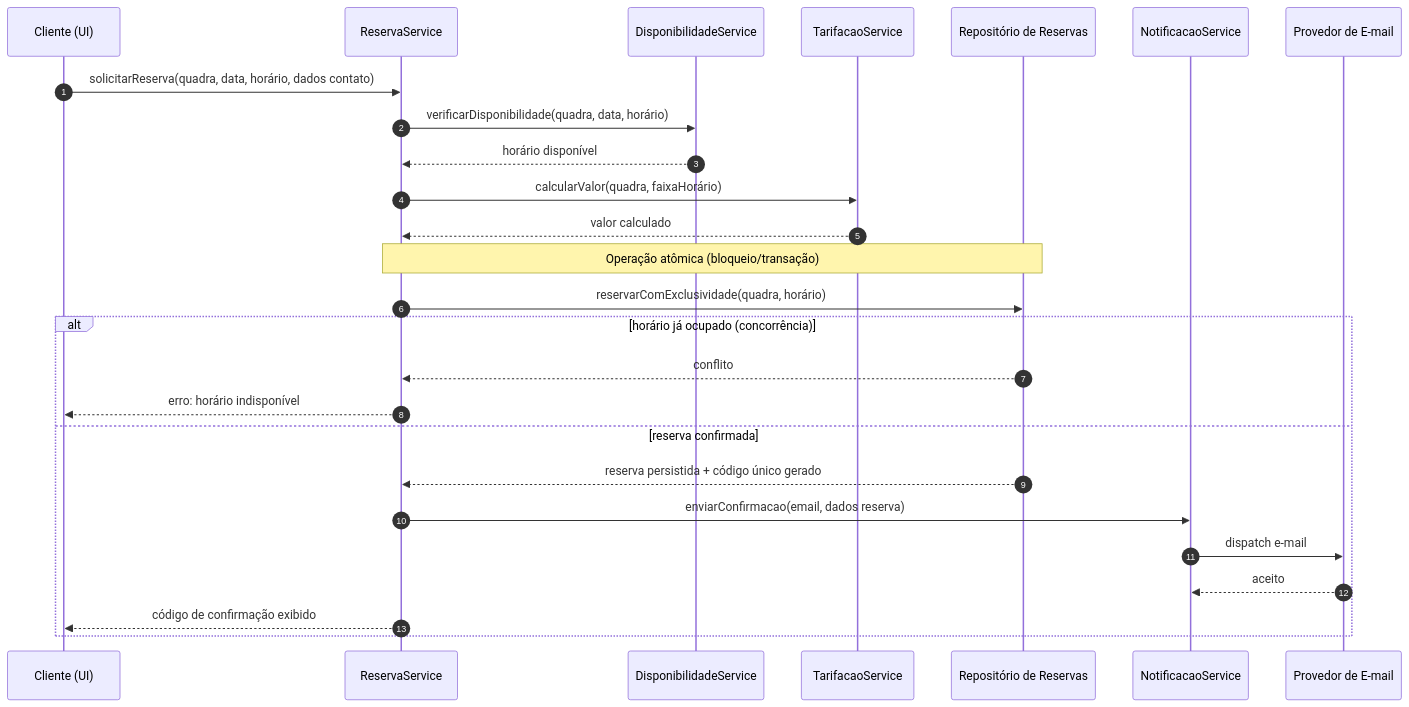
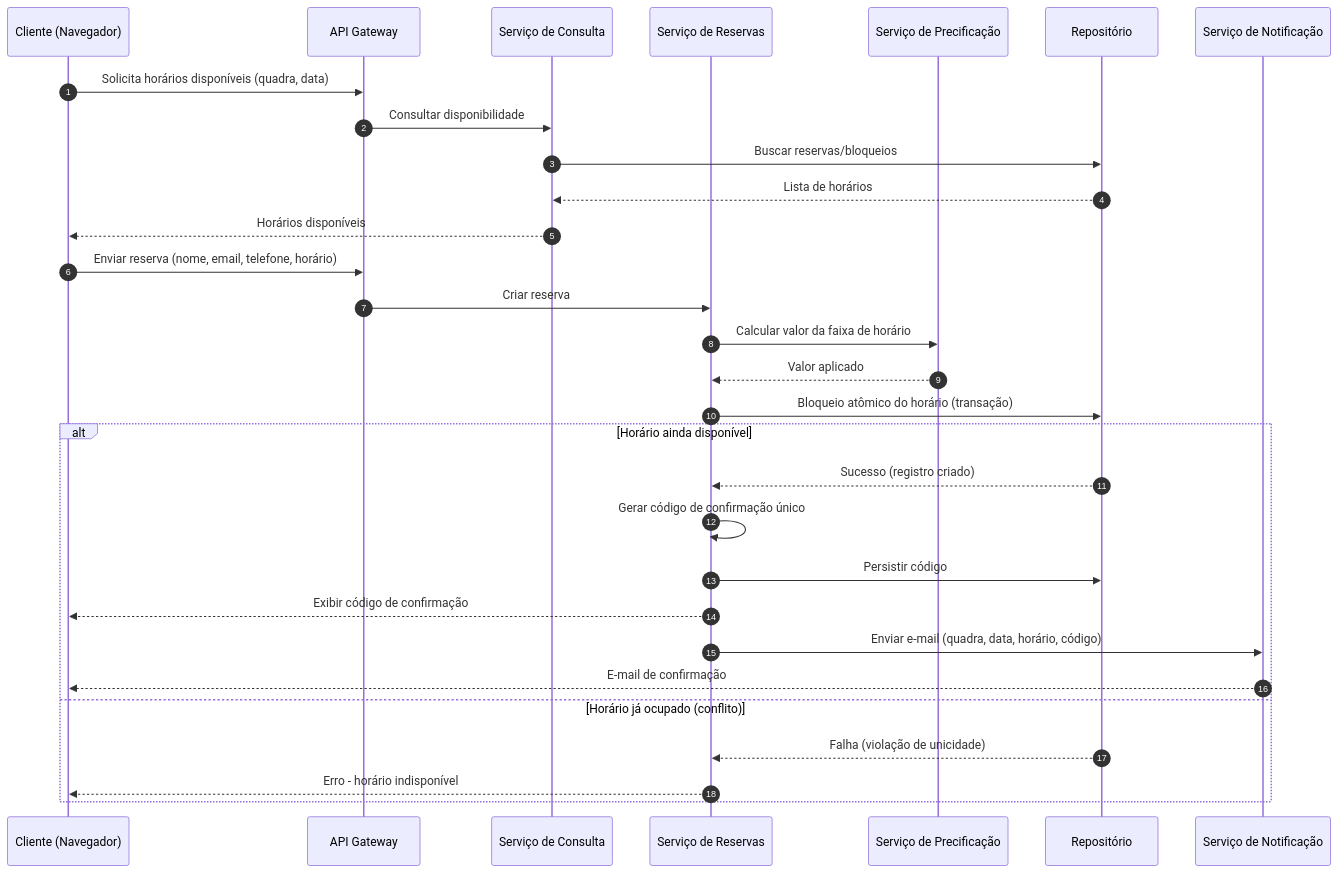
One commit to PDC-ESIA/AI4ES changed the second of 4 diagrams in docs/Time_2_Design/analise-qualitativa/outputs/relatorio_claude_opus_4_8_P05.md. Above: the diagram before and after it, drawn with Mermaid. The commit also changed other lines of this file and 93 other files, not shown here.

````diff
--- a/docs/Time_2_Design/analise-qualitativa/outputs/relatorio_claude_opus_4_8_P05.md
+++ b/docs/Time_2_Design/analise-qualitativa/outputs/relatorio_claude_opus_4_8_P05.md
@@ -78,29 +66,34 @@
 ```mermaid
 sequenceDiagram
     autonumber
-    participant C as Cliente (UI)
-    participant RS as ReservaService
-    participant DS as DisponibilidadeService
-    participant TS as TarifacaoService
-    participant RR as Repositório de Reservas
-    participant NS as NotificacaoService
-    participant EM as Provedor de E-mail
+    participant C as Cliente (Navegador)
+    participant GW as API Gateway
+    participant QRY as Serviço de Consulta
+    participant RES as Serviço de Reservas
+    participant PRC as Serviço de Precificação
+    participant REPO as Repositório
+    participant NOT as Serviço de Notificação
 
-    C->>RS: solicitarReserva(quadra, data, horário, dados contato)
-    RS->>DS: verificarDisponibilidade(quadra, data, horário)
-    DS-->>RS: horário disponível
-    RS->>TS: calcularValor(quadra, faixaHorário)
-    TS-->>RS: valor calculado
-    Note over RS,RR: Operação atômica (bloqueio/transação)
-    RS->>RR: reservarComExclusividade(quadra, horário)
-    alt horário já ocupado (concorrência)
-        RR-->>RS: conflito
-        RS-->>C: erro: horário indisponível
-    else reserva confirmada
-        RR-->>RS: reserva persistida + código único gerado
-        RS->>NS: enviarConfirmacao(email, dados reserva)
-        NS->>EM: dispatch e-mail
-        EM-->>NS: aceito
-        RS-->>C: código de confirmação exibido
+    C->>GW: Solicita horários disponíveis (quadra, data)
+    GW->>QRY: Consultar disponibilidade
+    QRY->>REPO: Buscar reservas/bloqueios
+    REPO-->>QRY: Lista de horários
+    QRY-->>C: Horários disponíveis
+
+    C->>GW: Enviar reserva (nome, email, telefone, horário)
+    GW->>RES: Criar reserva
+    RES->>PRC: Calcular valor da faixa de horário
+    PRC-->>RES: Valor aplicado
+    RES->>REPO: Bloqueio atômico do horário (transação)
+    alt Horário ainda disponível
+        REPO-->>RES: Sucesso (registro criado)
+        RES->>RES: Gerar código de confirmação único
+        RES->>REPO: Persistir código
+        RES-->>C: Exibir código de confirmação
+        RES->>NOT: Enviar e-mail (quadra, data, horário, código)
+        NOT-->>C: E-mail de confirmação
+    else Horário já ocupado (conflito)
+        REPO-->>RES: Falha (violação de unicidade)
+        RES-->>C: Erro - horário indisponível
     end
 ```
````
